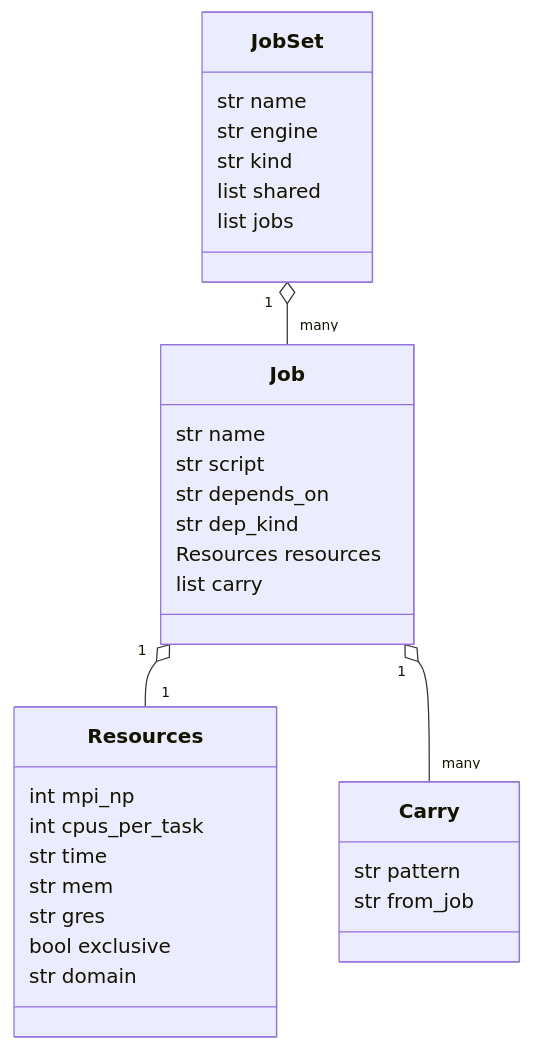
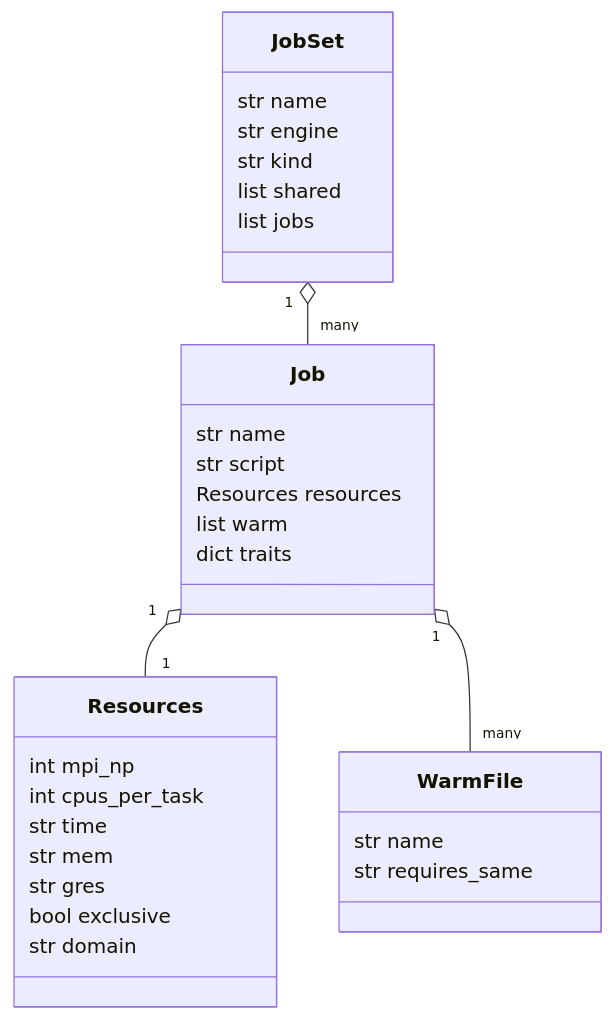
The second of 9 diagrams in docs/execution/job-system.md (Qing-LAB/molbuilder), drawn with Mermaid before and after one commit. The commit also changed other lines of this file and 6 other files, not shown here.

````diff
--- a/docs/execution/job-system.md
+++ b/docs/execution/job-system.md
@@ -194,34 +214,33 @@
 ```mermaid
 classDiagram
     class JobSet {
       str name
       str engine
       str kind
       list shared
       list jobs
     }
     class Job {
       str name
       str script
-      str depends_on
-      str dep_kind
       Resources resources
-      list carry
+      list warm
+      dict traits
     }
     class Resources {
       int mpi_np
       int cpus_per_task
       str time
       str mem
       str gres
       bool exclusive
       str domain
     }
-    class Carry {
-      str pattern
-      str from_job
+    class WarmFile {
+      str name
+      str requires_same
     }
     JobSet "1" o-- "many" Job
     Job "1" o-- "1" Resources
-    Job "1" o-- "many" Carry
+    Job "1" o-- "many" WarmFile
 ```
````
